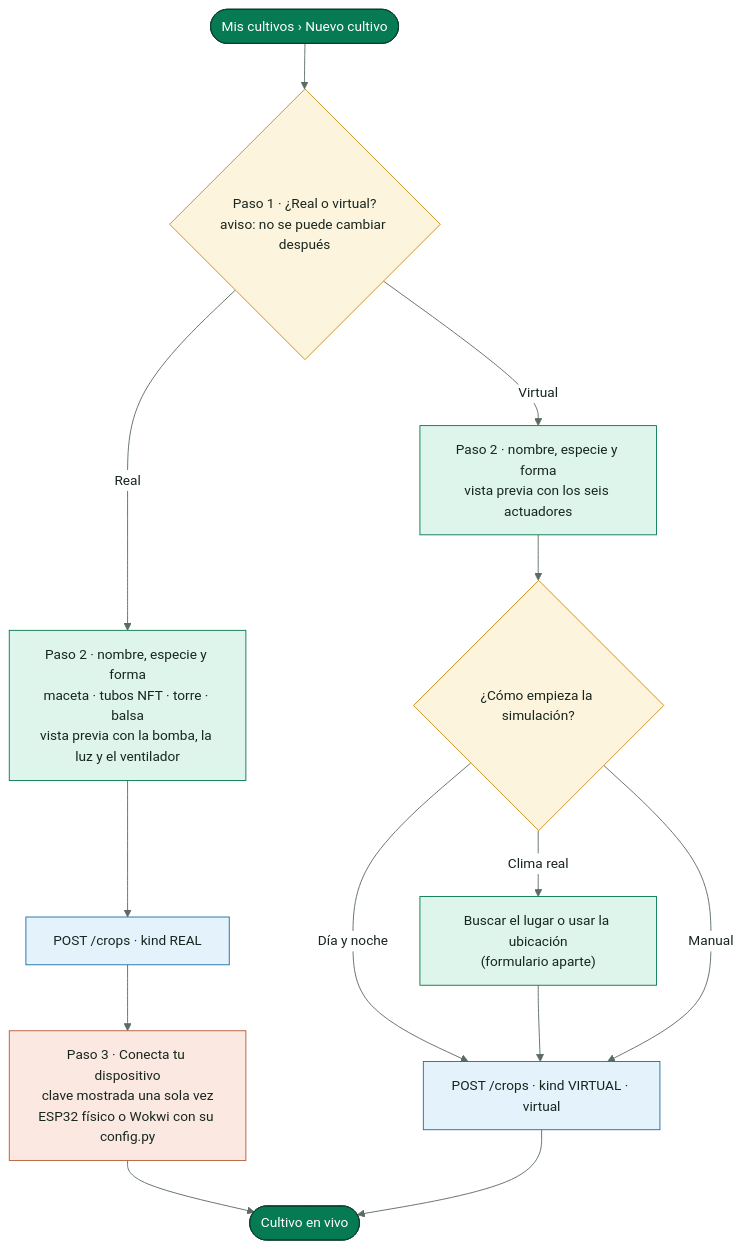
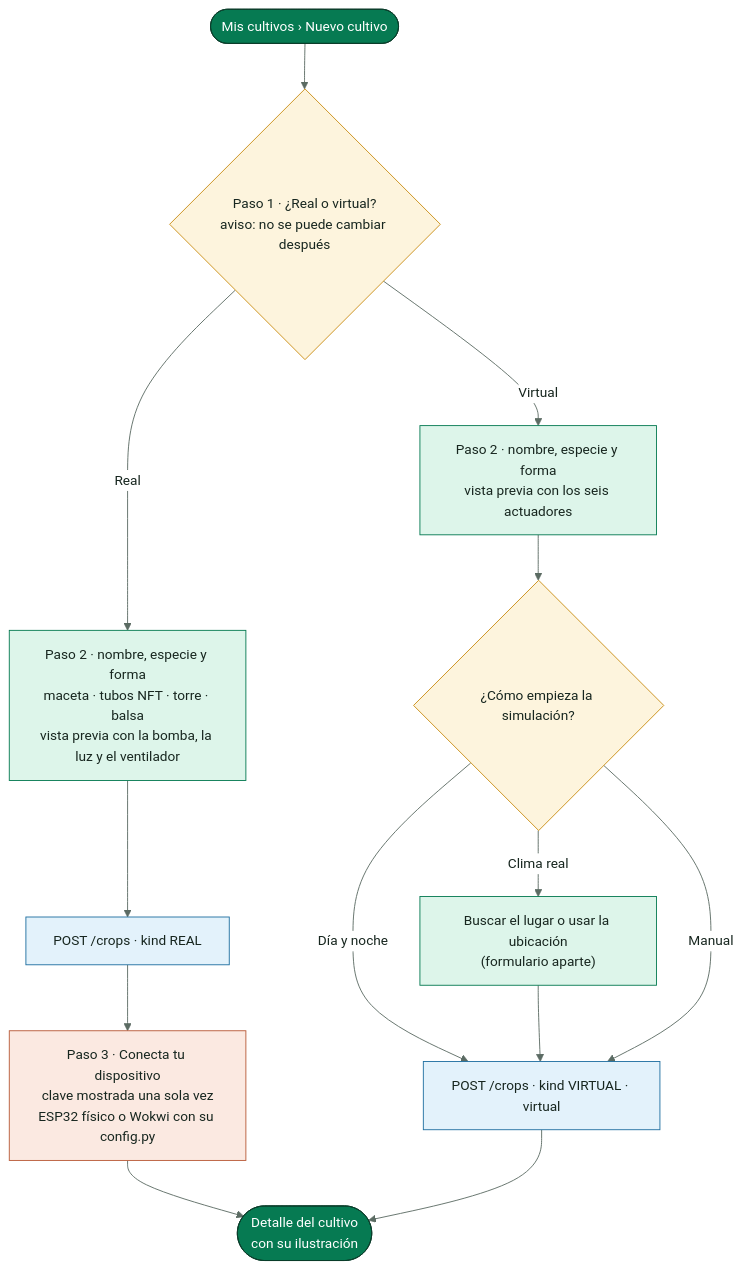
Before and after one commit to SmartPotTech/SmartPot-Web: the second of 4 diagrams in docs/SmartPot_Web_Documentation.md, drawn with Mermaid. The commit also changed other lines of this file, not shown here.

````diff
--- a/docs/SmartPot_Web_Documentation.md
+++ b/docs/SmartPot_Web_Documentation.md
@@ -92,27 +92,27 @@
 ```mermaid
 %%{init: {"theme": "base", "fontFamily": "Segoe UI, Arial, sans-serif", "themeVariables": {"fontFamily": "Segoe UI, Arial, sans-serif", "fontSize": "15px", "primaryColor": "#DDF5EA", "primaryTextColor": "#17261F", "primaryBorderColor": "#067A52", "secondaryColor": "#E3F2FB", "secondaryTextColor": "#17261F", "secondaryBorderColor": "#1F6FA0", "tertiaryColor": "#F2F7F4", "tertiaryTextColor": "#17261F", "tertiaryBorderColor": "#D5E3DC", "lineColor": "#5B6B63", "textColor": "#17261F", "mainBkg": "#DDF5EA", "nodeBorder": "#067A52", "clusterBkg": "#F7FAF8", "clusterBorder": "#D5E3DC", "edgeLabelBackground": "#FFFFFF", "actorBkg": "#067A52", "actorBorder": "#0B3D2B", "actorTextColor": "#FFFFFF", "actorLineColor": "#5B6B63", "signalColor": "#17261F", "signalTextColor": "#17261F", "labelBoxBkgColor": "#0B3D2B", "labelBoxBorderColor": "#0B3D2B", "labelTextColor": "#FFFFFF", "loopTextColor": "#0B3D2B", "noteBkgColor": "#FDF4DD", "noteBorderColor": "#C98D12", "noteTextColor": "#17261F", "activationBkgColor": "#DDF5EA", "activationBorderColor": "#067A52", "attributeBackgroundColorOdd": "#FFFFFF", "attributeBackgroundColorEven": "#F2F7F4"}}}%%
 flowchart TB
   start(["Mis cultivos › Nuevo cultivo"]) --> kind{"Paso 1 · ¿Real o virtual?<br/>aviso: no se puede cambiar después"}
   kind -->|"Real"| details["Paso 2 · nombre, especie y forma<br/>maceta · tubos NFT · torre · balsa<br/>vista previa con la bomba, la luz y el ventilador"]
   kind -->|"Virtual"| detailsv["Paso 2 · nombre, especie y forma<br/>vista previa con los seis actuadores"]
   detailsv --> mode{"¿Cómo empieza la simulación?"}
   mode -->|"Día y noche"| postv
   mode -->|"Clima real"| place["Buscar el lugar o usar la ubicación<br/>(formulario aparte)"] --> postv
   mode -->|"Manual"| postv["POST /crops · kind VIRTUAL · virtual"]
   details --> post["POST /crops · kind REAL"]
   post --> guide["Paso 3 · Conecta tu dispositivo<br/>clave mostrada una sola vez<br/>ESP32 físico o Wokwi con su config.py"]
-  guide --> live(["Cultivo en vivo"])
+  guide --> live(["Detalle del cultivo<br/>con su ilustración"])
   postv --> live
   classDef leaf fill:#DDF5EA,stroke:#067A52,color:#17261F
   classDef water fill:#E3F2FB,stroke:#1F6FA0,color:#17261F
   classDef sun fill:#FDF4DD,stroke:#C98D12,color:#17261F
   classDef clay fill:#FBE9E1,stroke:#B85A38,color:#17261F
   classDef core fill:#067A52,stroke:#0B3D2B,color:#FFFFFF
   classDef deep fill:#0B3D2B,stroke:#06281C,color:#FFFFFF
   classDef muted fill:#F2F7F4,stroke:#5B6B63,color:#17261F
   class start,live core
   class kind,mode sun
   class details,detailsv,place leaf
   class post,postv water
   class guide clay
 ```
````
